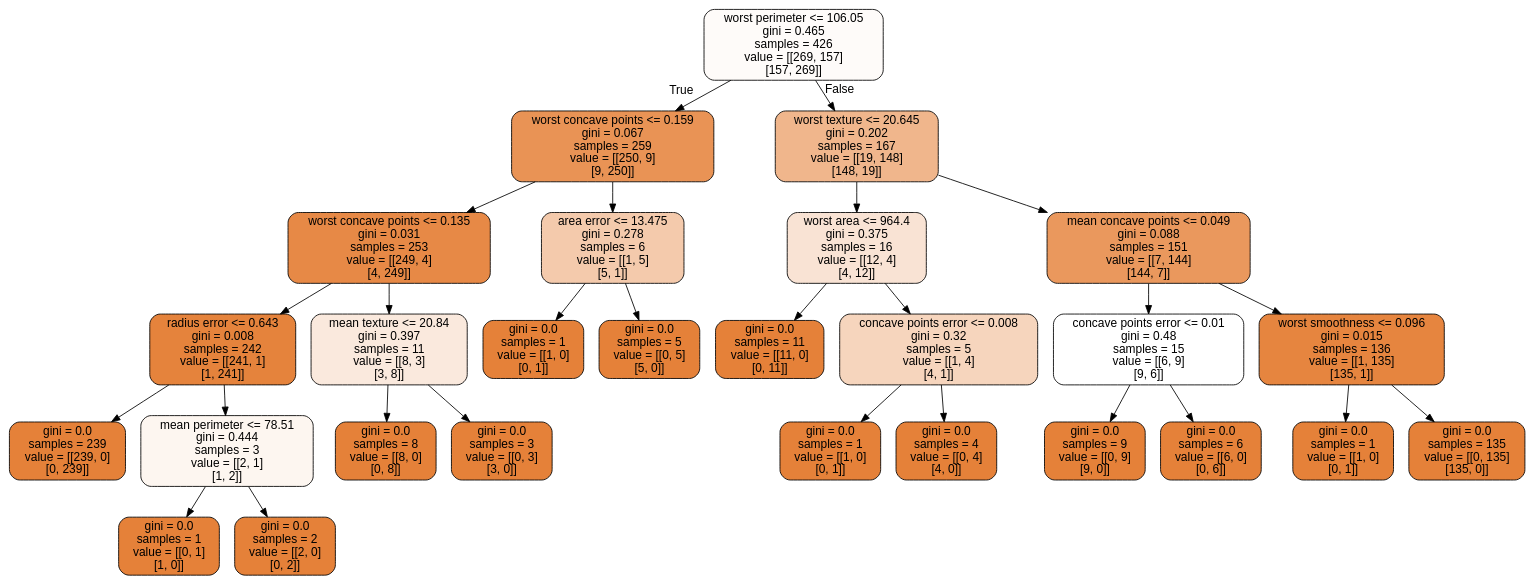
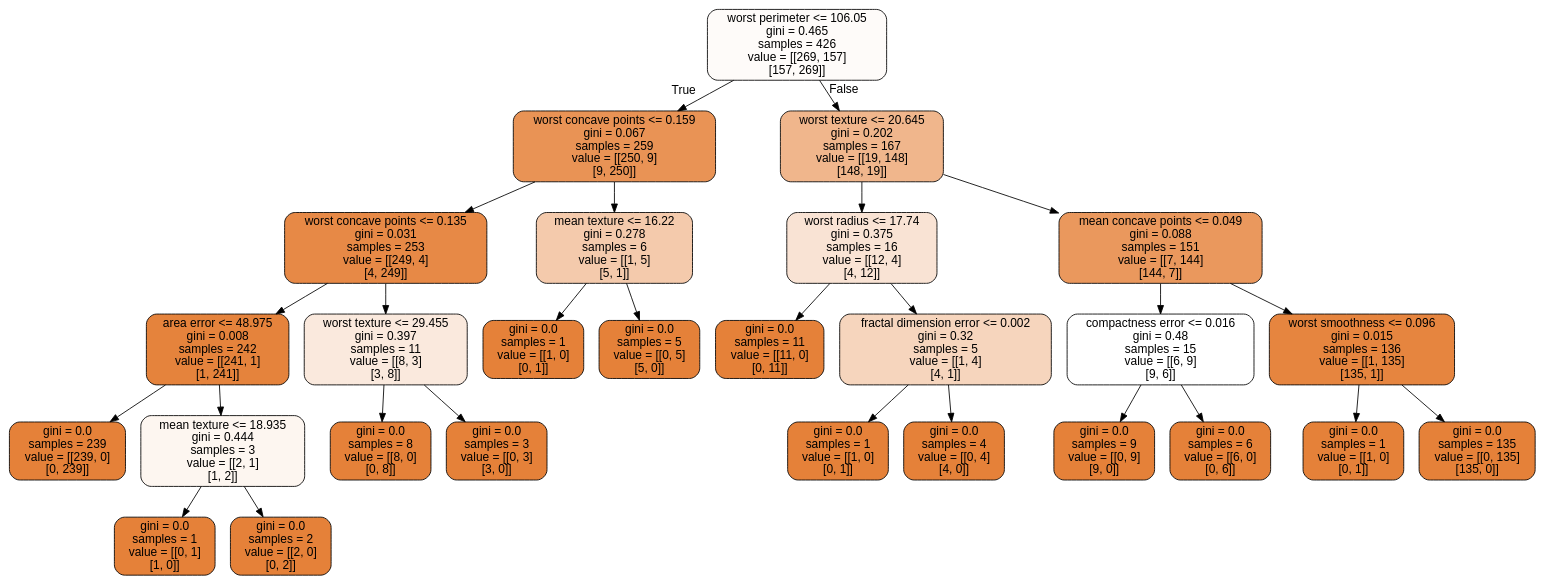
The diagram in doc/pub/week46/ipynb/DataFiles/cancer.dot (CompPhysics/MachineLearning), drawn with Graphviz before and after one commit. The commit also changed 3 other files, not shown here.

```diff
--- a/doc/pub/week46/ipynb/DataFiles/cancer.dot
+++ b/doc/pub/week46/ipynb/DataFiles/cancer.dot
@@ -1,57 +1,57 @@
 digraph Tree {
 node [shape=box, style="filled, rounded", color="black", fontname="helvetica"] ;
 edge [fontname="helvetica"] ;
 0 [label="worst perimeter <= 106.05\ngini = 0.465\nsamples = 426\nvalue = [[269, 157]\n[157, 269]]", fillcolor="#fefbf9"] ;
 1 [label="worst concave points <= 0.159\ngini = 0.067\nsamples = 259\nvalue = [[250, 9]\n[9, 250]]", fillcolor="#e99355"] ;
 0 -> 1 [labeldistance=2.5, labelangle=45, headlabel="True"] ;
 2 [label="worst concave points <= 0.135\ngini = 0.031\nsamples = 253\nvalue = [[249, 4]\n[4, 249]]", fillcolor="#e78946"] ;
 1 -> 2 ;
-3 [label="radius error <= 0.643\ngini = 0.008\nsamples = 242\nvalue = [[241, 1]\n[1, 241]]", fillcolor="#e5833c"] ;
+3 [label="area error <= 48.975\ngini = 0.008\nsamples = 242\nvalue = [[241, 1]\n[1, 241]]", fillcolor="#e5833c"] ;
 2 -> 3 ;
 4 [label="gini = 0.0\nsamples = 239\nvalue = [[239, 0]\n[0, 239]]", fillcolor="#e58139"] ;
 3 -> 4 ;
-5 [label="mean perimeter <= 78.51\ngini = 0.444\nsamples = 3\nvalue = [[2, 1]\n[1, 2]]", fillcolor="#fdf6f0"] ;
+5 [label="mean texture <= 18.935\ngini = 0.444\nsamples = 3\nvalue = [[2, 1]\n[1, 2]]", fillcolor="#fdf6f0"] ;
 3 -> 5 ;
 6 [label="gini = 0.0\nsamples = 1\nvalue = [[0, 1]\n[1, 0]]", fillcolor="#e58139"] ;
 5 -> 6 ;
 7 [label="gini = 0.0\nsamples = 2\nvalue = [[2, 0]\n[0, 2]]", fillcolor="#e58139"] ;
 5 -> 7 ;
-8 [label="mean texture <= 20.84\ngini = 0.397\nsamples = 11\nvalue = [[8, 3]\n[3, 8]]", fillcolor="#fae9dd"] ;
+8 [label="worst texture <= 29.455\ngini = 0.397\nsamples = 11\nvalue = [[8, 3]\n[3, 8]]", fillcolor="#fae9dd"] ;
 2 -> 8 ;
 9 [label="gini = 0.0\nsamples = 8\nvalue = [[8, 0]\n[0, 8]]", fillcolor="#e58139"] ;
 8 -> 9 ;
 10 [label="gini = 0.0\nsamples = 3\nvalue = [[0, 3]\n[3, 0]]", fillcolor="#e58139"] ;
 8 -> 10 ;
-11 [label="area error <= 13.475\ngini = 0.278\nsamples = 6\nvalue = [[1, 5]\n[5, 1]]", fillcolor="#f4caac"] ;
+11 [label="mean texture <= 16.22\ngini = 0.278\nsamples = 6\nvalue = [[1, 5]\n[5, 1]]", fillcolor="#f4caac"] ;
 1 -> 11 ;
 12 [label="gini = 0.0\nsamples = 1\nvalue = [[1, 0]\n[0, 1]]", fillcolor="#e58139"] ;
 11 -> 12 ;
 13 [label="gini = 0.0\nsamples = 5\nvalue = [[0, 5]\n[5, 0]]", fillcolor="#e58139"] ;
 11 -> 13 ;
 14 [label="worst texture <= 20.645\ngini = 0.202\nsamples = 167\nvalue = [[19, 148]\n[148, 19]]", fillcolor="#f0b68c"] ;
 0 -> 14 [labeldistance=2.5, labelangle=-45, headlabel="False"] ;
-15 [label="worst area <= 964.4\ngini = 0.375\nsamples = 16\nvalue = [[12, 4]\n[4, 12]]", fillcolor="#f9e3d4"] ;
+15 [label="worst radius <= 17.74\ngini = 0.375\nsamples = 16\nvalue = [[12, 4]\n[4, 12]]", fillcolor="#f9e3d4"] ;
 14 -> 15 ;
 16 [label="gini = 0.0\nsamples = 11\nvalue = [[11, 0]\n[0, 11]]", fillcolor="#e58139"] ;
 15 -> 16 ;
-17 [label="concave points error <= 0.008\ngini = 0.32\nsamples = 5\nvalue = [[1, 4]\n[4, 1]]", fillcolor="#f6d5bd"] ;
+17 [label="fractal dimension error <= 0.002\ngini = 0.32\nsamples = 5\nvalue = [[1, 4]\n[4, 1]]", fillcolor="#f6d5bd"] ;
 15 -> 17 ;
 18 [label="gini = 0.0\nsamples = 1\nvalue = [[1, 0]\n[0, 1]]", fillcolor="#e58139"] ;
 17 -> 18 ;
 19 [label="gini = 0.0\nsamples = 4\nvalue = [[0, 4]\n[4, 0]]", fillcolor="#e58139"] ;
 17 -> 19 ;
 20 [label="mean concave points <= 0.049\ngini = 0.088\nsamples = 151\nvalue = [[7, 144]\n[144, 7]]", fillcolor="#ea985d"] ;
 14 -> 20 ;
-21 [label="concave points error <= 0.01\ngini = 0.48\nsamples = 15\nvalue = [[6, 9]\n[9, 6]]", fillcolor="#ffffff"] ;
+21 [label="compactness error <= 0.016\ngini = 0.48\nsamples = 15\nvalue = [[6, 9]\n[9, 6]]", fillcolor="#ffffff"] ;
 20 -> 21 ;
 22 [label="gini = 0.0\nsamples = 9\nvalue = [[0, 9]\n[9, 0]]", fillcolor="#e58139"] ;
 21 -> 22 ;
 23 [label="gini = 0.0\nsamples = 6\nvalue = [[6, 0]\n[0, 6]]", fillcolor="#e58139"] ;
 21 -> 23 ;
 24 [label="worst smoothness <= 0.096\ngini = 0.015\nsamples = 136\nvalue = [[1, 135]\n[135, 1]]", fillcolor="#e6853f"] ;
 20 -> 24 ;
 25 [label="gini = 0.0\nsamples = 1\nvalue = [[1, 0]\n[0, 1]]", fillcolor="#e58139"] ;
 24 -> 25 ;
 26 [label="gini = 0.0\nsamples = 135\nvalue = [[0, 135]\n[135, 0]]", fillcolor="#e58139"] ;
 24 -> 26 ;
 }
```
